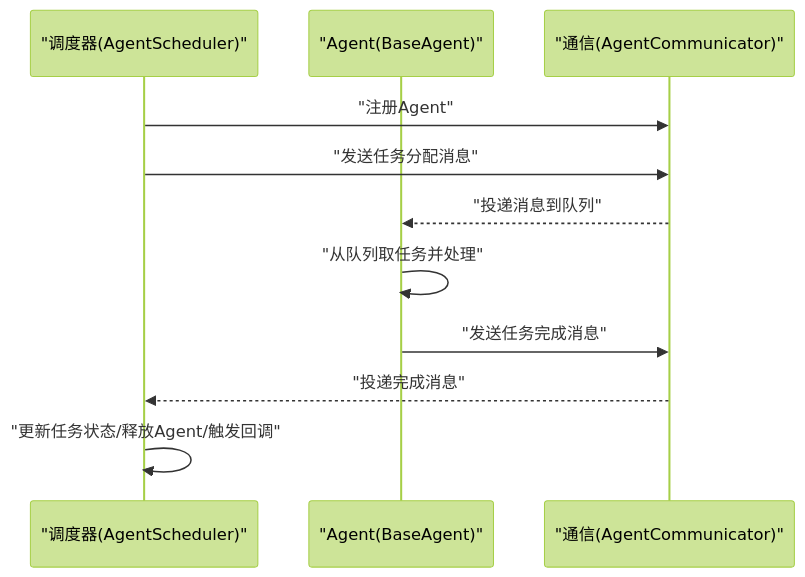
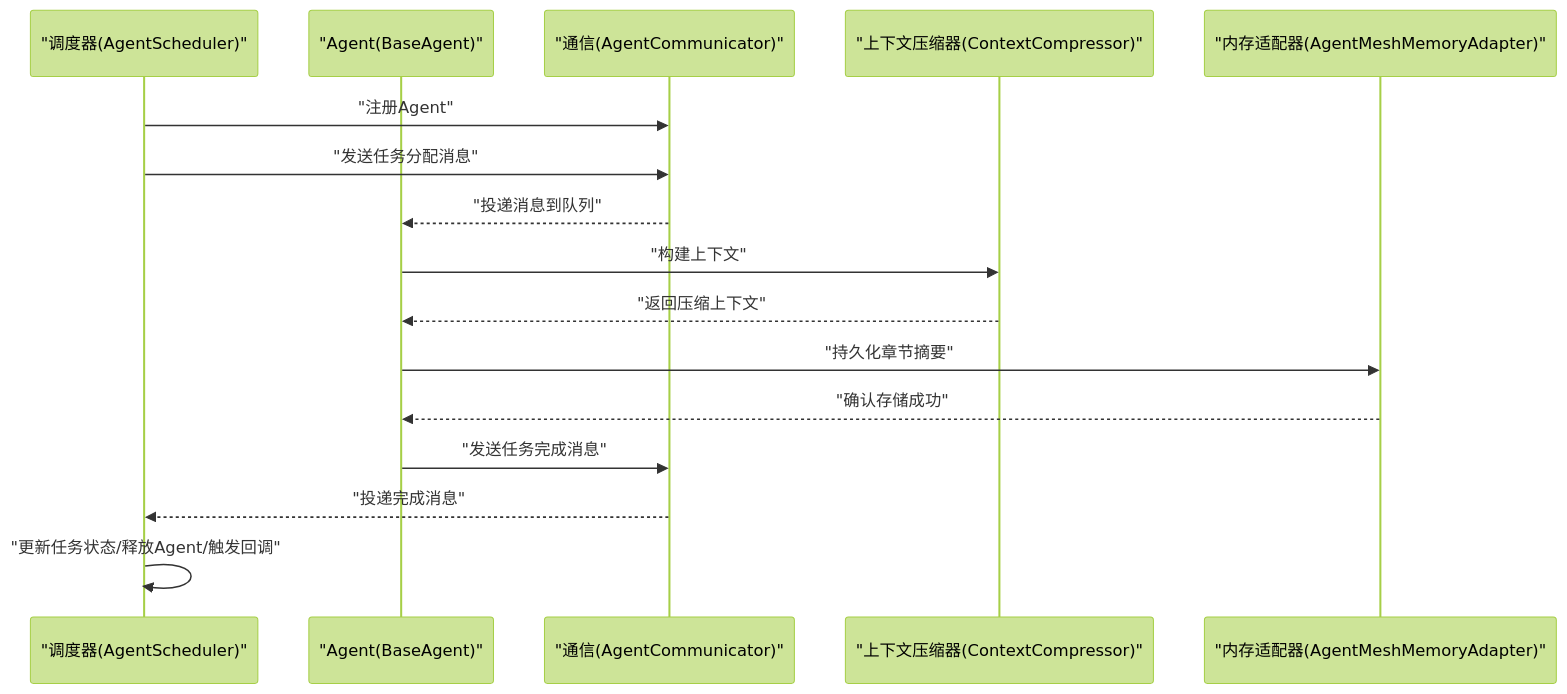
One commit to xfbyxq/ai-novel-system changed the second of 9 diagrams in .qoder/repowiki/zh/content/AI智能体系统/智能体通信机制.md. Above: the diagram before and after it, drawn with Mermaid (forest theme). The commit also changed other lines of this file and 38 other files, not shown here.

````diff
--- a/.qoder/repowiki/zh/content/AI智能体系统/智能体通信机制.md
+++ b/.qoder/repowiki/zh/content/AI智能体系统/智能体通信机制.md
@@ -148,13 +195,18 @@
 ```mermaid
 sequenceDiagram
 participant S as "调度器(AgentScheduler)"
 participant A as "Agent(BaseAgent)"
 participant C as "通信(AgentCommunicator)"
+participant CC as "上下文压缩器(ContextCompressor)"
+participant AMA as "内存适配器(AgentMeshMemoryAdapter)"
 S->>C : "注册Agent"
 S->>C : "发送任务分配消息"
 C-->>A : "投递消息到队列"
-A->>A : "从队列取任务并处理"
+A->>CC : "构建上下文"
+CC-->>A : "返回压缩上下文"
+A->>AMA : "持久化章节摘要"
+AMA-->>A : "确认存储成功"
 A->>C : "发送任务完成消息"
 C-->>S : "投递完成消息"
 S->>S : "更新任务状态/释放Agent/触发回调"
 ```
````
